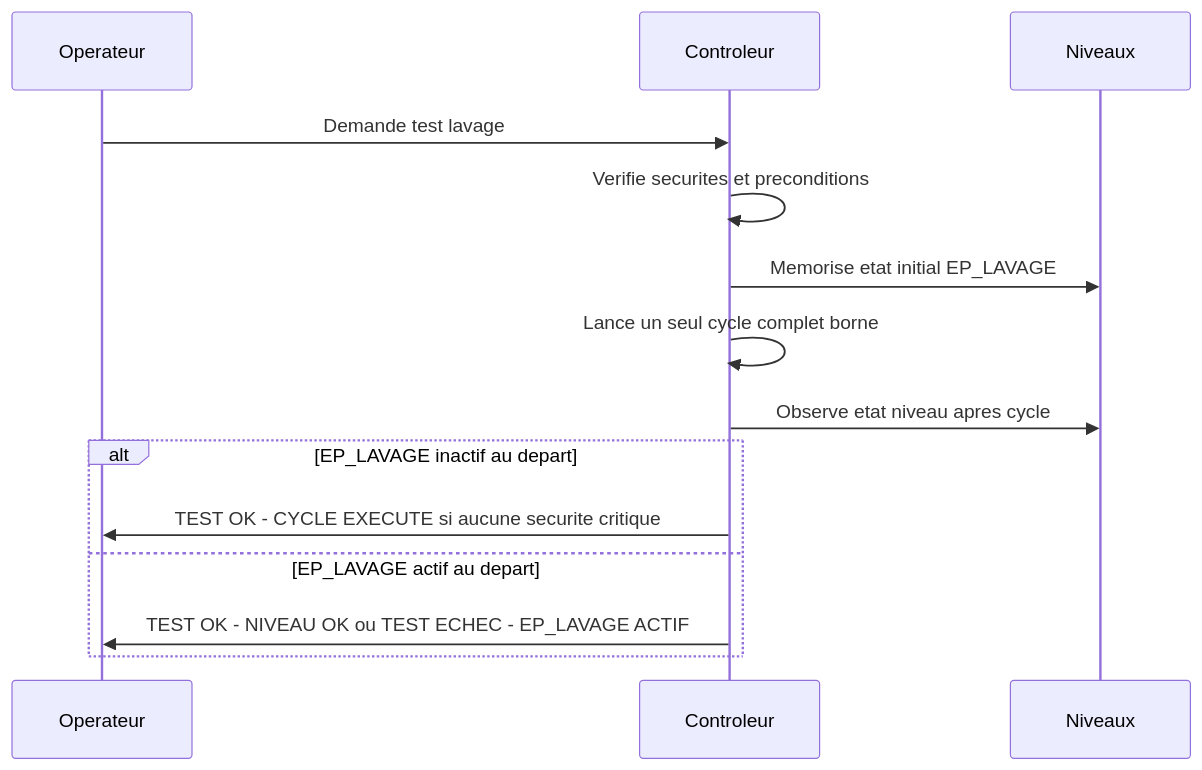
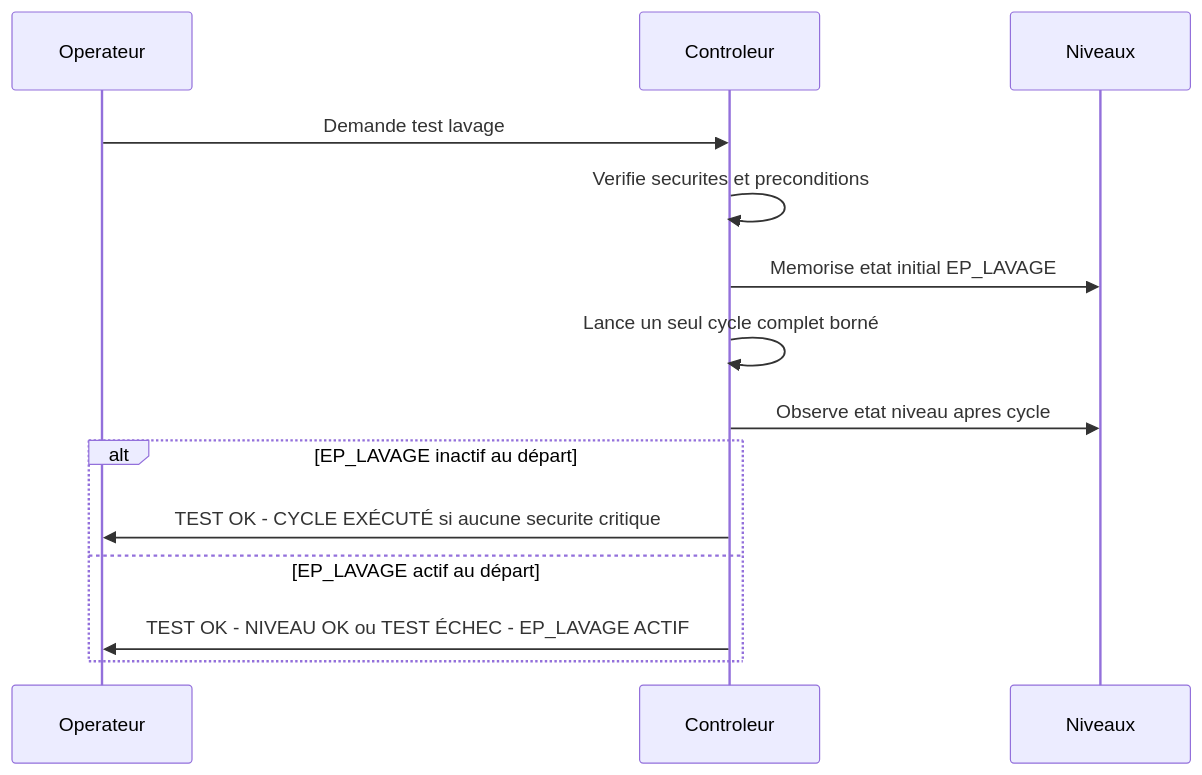
Before and after one commit to elbuey76/DrumFilterController: the second of 3 diagrams in docs/specification/02-exigences-fonctionnelles.md, drawn with Mermaid. The commit also changed other lines of this file and 23 other files, not shown here.

````diff
--- a/docs/specification/02-exigences-fonctionnelles.md
+++ b/docs/specification/02-exigences-fonctionnelles.md
@@ -686,17 +686,17 @@
 ```mermaid
 sequenceDiagram
     participant Op as Operateur
     participant Ctrl as Controleur
     participant N as Niveaux
 
     Op->>Ctrl: Demande test lavage
     Ctrl->>Ctrl: Verifie securites et preconditions
     Ctrl->>N: Memorise etat initial EP_LAVAGE
-    Ctrl->>Ctrl: Lance un seul cycle complet borne
+    Ctrl->>Ctrl: Lance un seul cycle complet borné
     Ctrl->>N: Observe etat niveau apres cycle
-    alt EP_LAVAGE inactif au depart
-        Ctrl->>Op: TEST OK - CYCLE EXECUTE si aucune securite critique
-    else EP_LAVAGE actif au depart
-        Ctrl->>Op: TEST OK - NIVEAU OK ou TEST ECHEC - EP_LAVAGE ACTIF
+    alt EP_LAVAGE inactif au départ
+        Ctrl->>Op: TEST OK - CYCLE EXÉCUTÉ si aucune securite critique
+    else EP_LAVAGE actif au départ
+        Ctrl->>Op: TEST OK - NIVEAU OK ou TEST ÉCHEC - EP_LAVAGE ACTIF
     end
 ```
````
